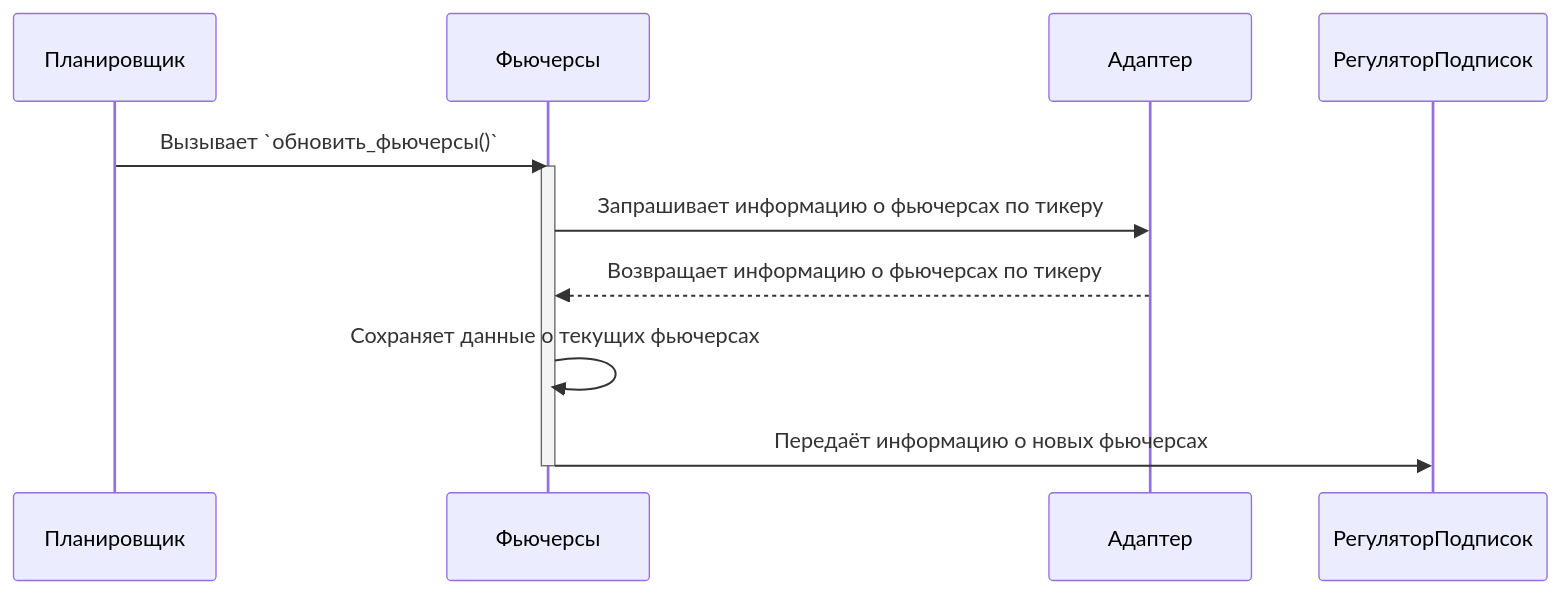
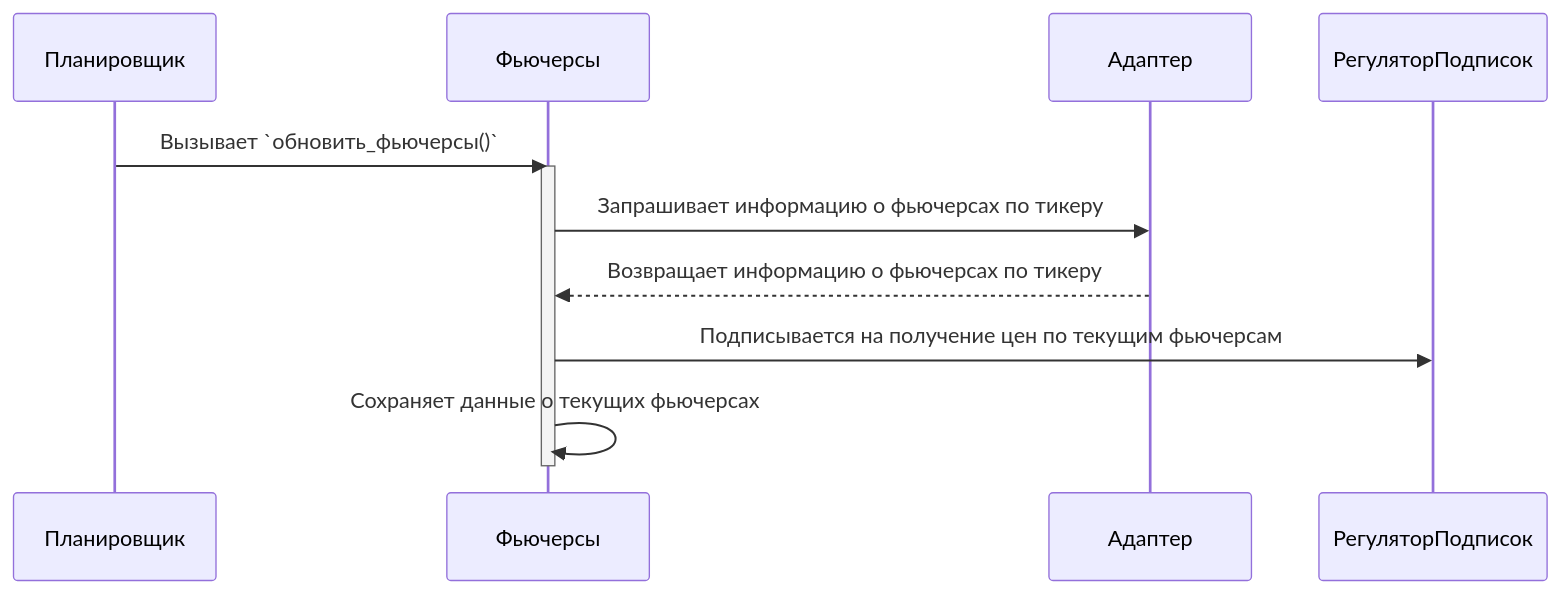
One commit to Marat22/MiriadRobotDocs changed the ninth of 19 diagrams in robot-logic.md. Above: the diagram before and after it, drawn with Mermaid. The commit also changed other lines of this file, not shown here.

Commit message:
Добавил диаграмму процесса для `РегуляторПодписок` и немного исправил процесс в `Фьючерсы`

````diff
--- a/robot-logic.md
+++ b/robot-logic.md
@@ -293,11 +293,10 @@
 ```mermaid
 sequenceDiagram
   Планировщик->>Фьючерсы: Вызывает `обновить_фьючерсы()`
   activate Фьючерсы
   Фьючерсы->>Адаптер: Запрашивает информацию о фьючерсах по тикеру  
   Адаптер-->>Фьючерсы: Возвращает информацию о фьючерсах по тикеру  
+  Фьючерсы->>РегуляторПодписок: Подписывается на получение цен по текущим фьючерсам
   Фьючерсы->>Фьючерсы: Сохраняет данные о текущих фьючерсах
-  Фьючерсы->>РегуляторПодписок: Передаёт информацию о новых фьючерсах
   deactivate Фьючерсы
-
 ```
````
